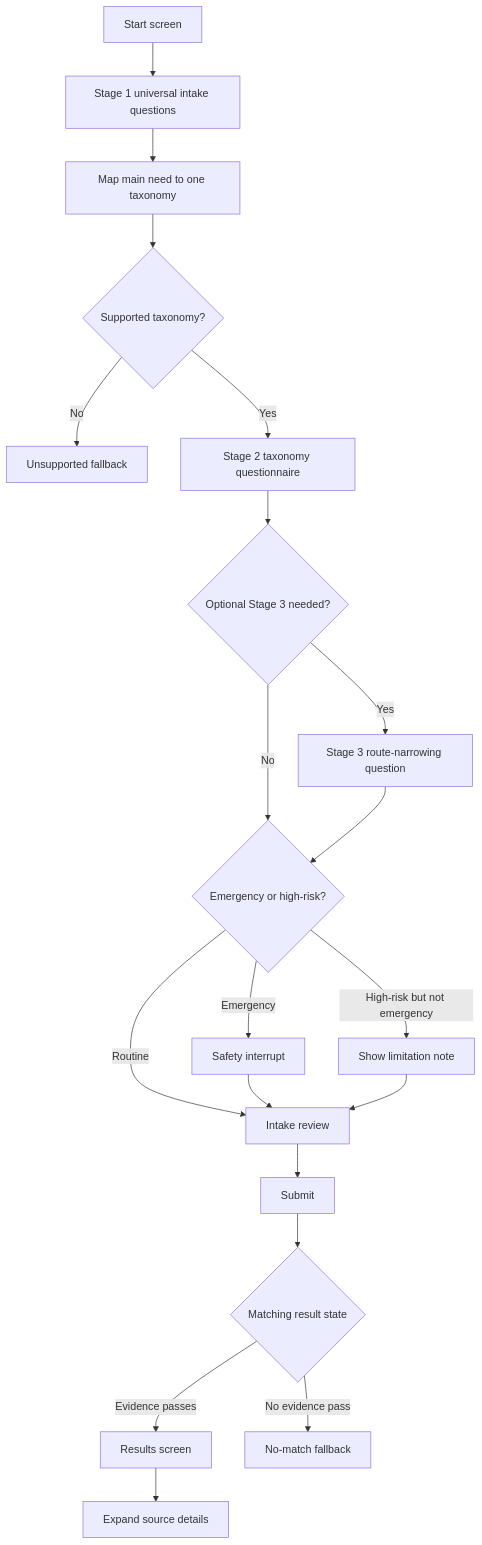
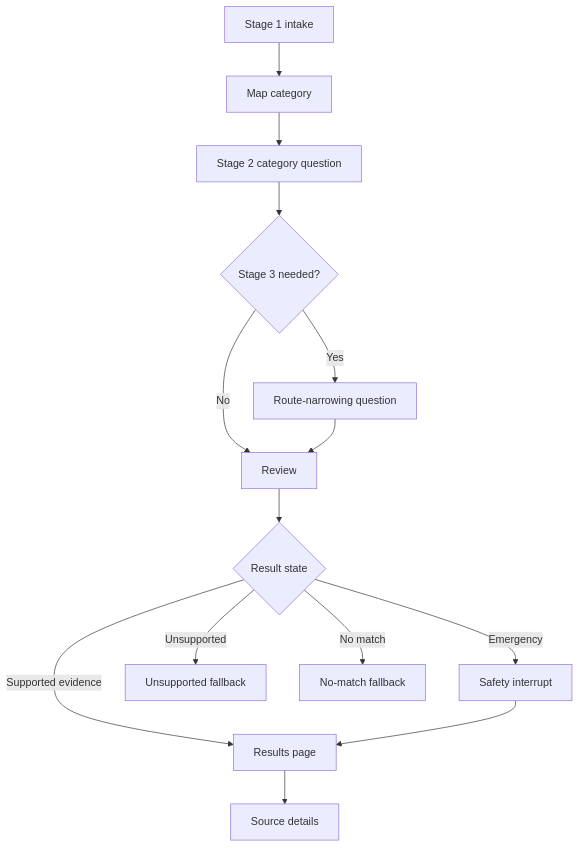
Before and after one commit to AbdelazizAhmed314/McGill-Care-Compass: the second of 2 diagrams in docs/project/User-Journey-and-Prototype-Response-Format.md, drawn with Mermaid. The commit also changed other lines of this file and 24 other files, not shown here.

````diff
--- a/docs/project/User-Journey-and-Prototype-Response-Format.md
+++ b/docs/project/User-Journey-and-Prototype-Response-Format.md
@@ -672,22 +217,16 @@
 ```mermaid
 flowchart TD
-    A[Start screen] --> B[Stage 1 universal intake questions]
-    B --> C[Map main need to one taxonomy]
-    C --> D{Supported taxonomy?}
-    D -->|No| E[Unsupported fallback]
-    D -->|Yes| F[Stage 2 taxonomy questionnaire]
-    F --> F2{Optional Stage 3 needed?}
-    F2 -->|Yes| F3[Stage 3 route-narrowing question]
-    F2 -->|No| G{Emergency or high-risk?}
-    F3 --> G
+    A[Stage 1 intake] --> B[Map category]
+    B --> C[Stage 2 category question]
+    C --> D{Stage 3 needed?}
+    D -->|Yes| E[Route-narrowing question]
+    D -->|No| F[Review]
+    E --> F
+    F --> G{Result state}
     G -->|Emergency| H[Safety interrupt]
-    G -->|High-risk but not emergency| I[Show limitation note]
-    G -->|Routine| J[Intake review]
-    H --> J
-    I --> J
-    J --> K[Submit]
-    K --> L{Matching result state}
-    L -->|Evidence passes| M[Results screen]
-    L -->|No evidence pass| N[No-match fallback]
-    M --> O[Expand source details]
+    G -->|Supported evidence| I[Results page]
+    G -->|Unsupported| J[Unsupported fallback]
+    G -->|No match| K[No-match fallback]
+    H --> I
+    I --> L[Source details]
 ```
````
